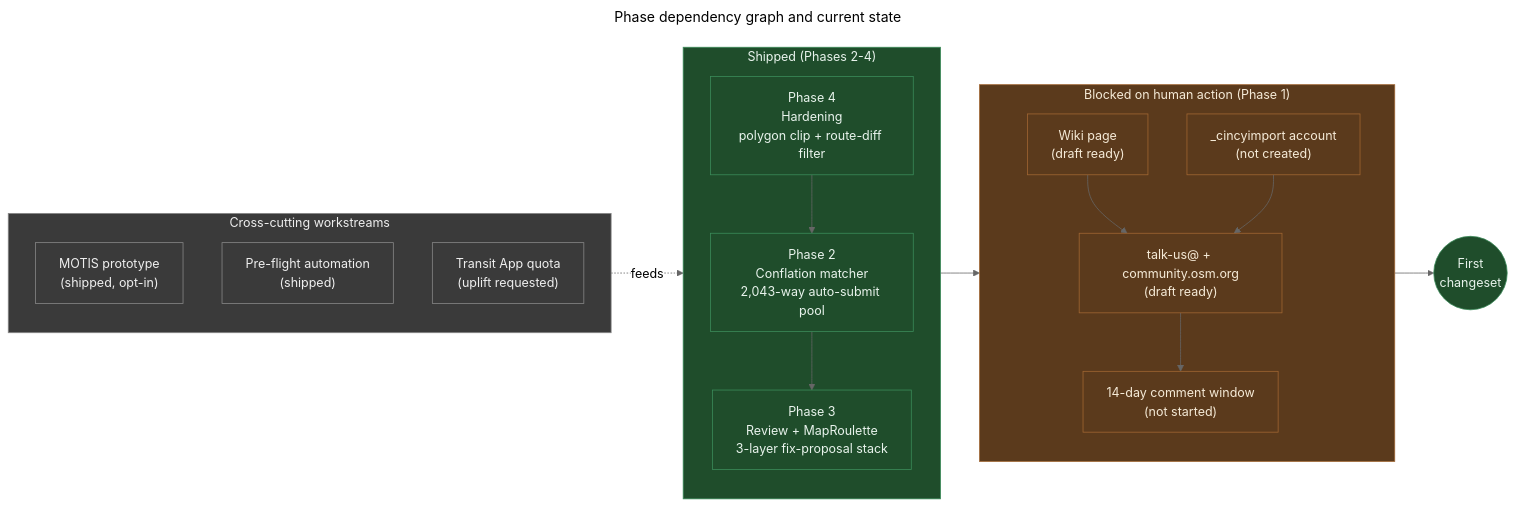
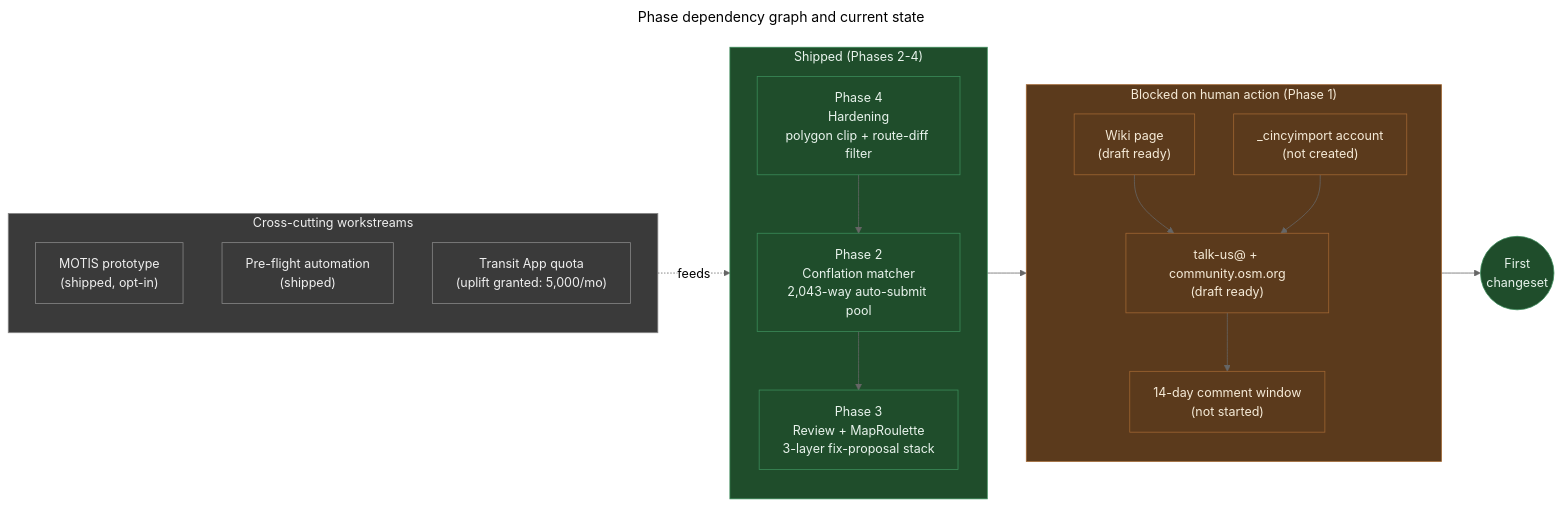
One commit to AICincy/MetroNow changed the diagram in docs/explainers/phase-status.md. Above: the diagram before and after it, drawn with Mermaid (neutral theme). The commit also changed other lines of this file and 7 other files, not shown here.

First line of the commit message:
Raise Transit API monthly quota 1,500 → 5,000 (civic uplift granted)

````diff
--- a/docs/explainers/phase-status.md
+++ b/docs/explainers/phase-status.md
@@ -101,43 +105,43 @@
 ```mermaid
 ---
 title: "Phase dependency graph and current state"
 ---
 flowchart LR
     subgraph Done["Shipped (Phases 2-4)"]
         direction TB
         P2["Phase 2<br/>Conflation matcher<br/>2,043-way auto-submit pool"]
         P3["Phase 3<br/>Review + MapRoulette<br/>3-layer fix-proposal stack"]
         P4["Phase 4<br/>Hardening<br/>polygon clip + route-diff filter"]
         P2 --> P3
         P4 --> P2
     end
 
     subgraph Blocked["Blocked on human action (Phase 1)"]
         direction TB
         P1a["Wiki page<br/>(draft ready)"]
         P1b["talk-us@ + community.osm.org<br/>(draft ready)"]
         P1c["_cincyimport account<br/>(not created)"]
         P1d["14-day comment window<br/>(not started)"]
         P1a --> P1b --> P1d
         P1c --> P1b
     end
 
     subgraph Crosscut["Cross-cutting workstreams"]
         direction TB
         MOTIS["MOTIS prototype<br/>(shipped, opt-in)"]
         Preflight["Pre-flight automation<br/>(shipped)"]
-        Transit["Transit App quota<br/>(uplift requested)"]
+        Transit["Transit App quota<br/>(uplift granted: 5,000/mo)"]
     end
 
     Done --> Blocked
     Crosscut -. "feeds" .-> Done
     Blocked --> Submit(("First<br/>changeset"))
 
     classDef shipped fill:#1f4d2b,stroke:#3b8c5a,color:#e8f3ec
     classDef blocked fill:#5b3a1c,stroke:#a06632,color:#f5ead7
     classDef crosscut fill:#3a3a3a,stroke:#888,color:#eee
     class Done,P2,P3,P4 shipped
     class Blocked,P1a,P1b,P1c,P1d blocked
     class Crosscut,MOTIS,Preflight,Transit crosscut
     class Submit shipped
 ```
````
